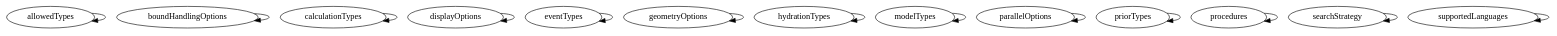
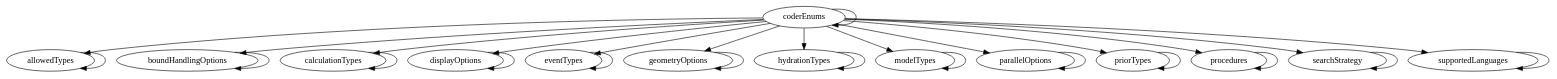
The diagram in master/api_reference/API/enums/graph.dot (RascalSoftware/RAT), drawn with Graphviz before and after one commit. The commit also changed 313 other files, not shown here.

```diff
--- a/master/api_reference/API/enums/graph.dot
+++ b/master/api_reference/API/enums/graph.dot
@@ -1,30 +1,45 @@
 /* Created by mdot for Matlab */
 digraph m2html {
   allowedTypes -> allowedTypes;
   boundHandlingOptions -> boundHandlingOptions;
   calculationTypes -> calculationTypes;
+  coderEnums -> allowedTypes;
+  coderEnums -> boundHandlingOptions;
+  coderEnums -> calculationTypes;
+  coderEnums -> coderEnums;
+  coderEnums -> displayOptions;
+  coderEnums -> eventTypes;
+  coderEnums -> geometryOptions;
+  coderEnums -> hydrationTypes;
+  coderEnums -> modelTypes;
+  coderEnums -> parallelOptions;
+  coderEnums -> priorTypes;
+  coderEnums -> procedures;
+  coderEnums -> searchStrategy;
+  coderEnums -> supportedLanguages;
   displayOptions -> displayOptions;
   eventTypes -> eventTypes;
   geometryOptions -> geometryOptions;
   hydrationTypes -> hydrationTypes;
   modelTypes -> modelTypes;
   parallelOptions -> parallelOptions;
   priorTypes -> priorTypes;
   procedures -> procedures;
   searchStrategy -> searchStrategy;
   supportedLanguages -> supportedLanguages;
 
   allowedTypes [URL="allowedTypes.html"];
   boundHandlingOptions [URL="boundHandlingOptions.html"];
   calculationTypes [URL="calculationTypes.html"];
+  coderEnums [URL="coderEnums.html"];
   displayOptions [URL="displayOptions.html"];
   eventTypes [URL="eventTypes.html"];
   geometryOptions [URL="geometryOptions.html"];
   hydrationTypes [URL="hydrationTypes.html"];
   modelTypes [URL="modelTypes.html"];
   parallelOptions [URL="parallelOptions.html"];
   priorTypes [URL="priorTypes.html"];
   procedures [URL="procedures.html"];
   searchStrategy [URL="searchStrategy.html"];
   supportedLanguages [URL="supportedLanguages.html"];
 }
```
